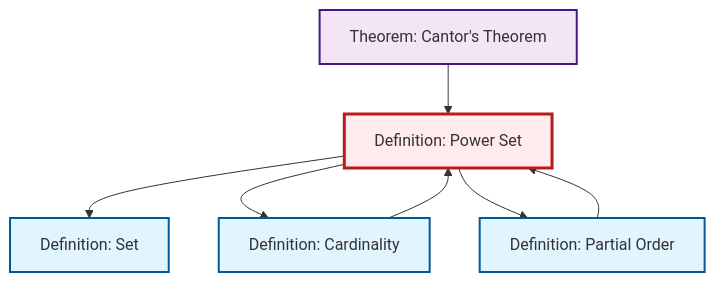
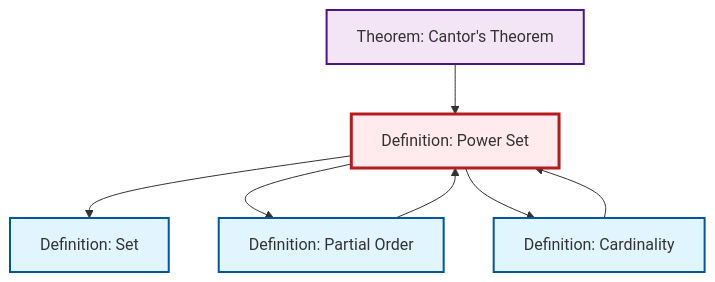
One commit to RK0429/ModernMath changed the second of 2 diagrams in content/en/logic-set-theory/def-power-set.qmd. Above: the diagram before and after it, drawn with Mermaid. The commit also changed other lines of this file and 654 other files, not shown here.

````diff
--- a/content/en/logic-set-theory/def-power-set.qmd
+++ b/content/en/logic-set-theory/def-power-set.qmd
@@ -69,25 +69,25 @@
 ```{mermaid}
 %%| fig-cap: "Local dependency graph"
 graph TD
     classDef definition fill:#e1f5fe,stroke:#01579b,stroke-width:2px
     classDef theorem fill:#f3e5f5,stroke:#4a148c,stroke-width:2px
     classDef axiom fill:#fff3e0,stroke:#e65100,stroke-width:2px
     classDef example fill:#e8f5e9,stroke:#1b5e20,stroke-width:2px
     classDef current fill:#ffebee,stroke:#b71c1c,stroke-width:3px
+    def-set["Definition: Set"]:::definition
     def-power-set["Definition: Power Set"]:::definition
+    def-cardinality["Definition: Cardinality"]:::definition
     thm-cantor["Theorem: Cantor's Theorem"]:::theorem
     def-partial-order["Definition: Partial Order"]:::definition
-    def-set["Definition: Set"]:::definition
-    def-cardinality["Definition: Cardinality"]:::definition
+    def-cardinality --> def-power-set
     def-partial-order --> def-power-set
     def-power-set --> def-set
+    def-power-set --> def-partial-order
+    def-power-set --> def-cardinality
     thm-cantor --> def-power-set
-    def-cardinality --> def-power-set
-    def-power-set --> def-cardinality
-    def-power-set --> def-partial-order
     class def-power-set current
+    click def-set "def-set.html" "Go to Set definition"
+    click def-cardinality "def-cardinality.html" "Go to Cardinality definition"
     click thm-cantor "thm-cantor.html" "Go to Cantor's Theorem theorem"
     click def-partial-order "def-partial-order.html" "Go to Partial Order definition"
-    click def-set "def-set.html" "Go to Set definition"
-    click def-cardinality "def-cardinality.html" "Go to Cardinality definition"
 ```
````
